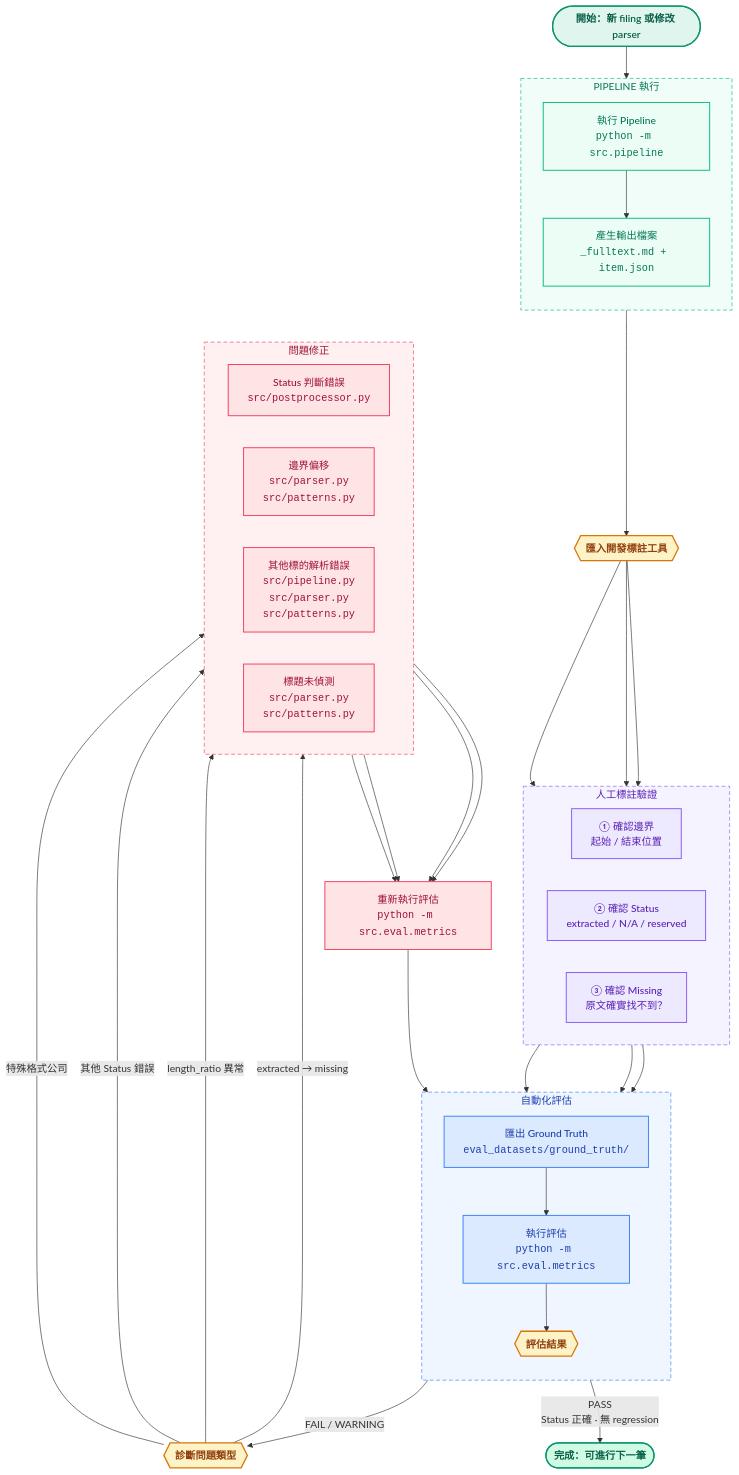
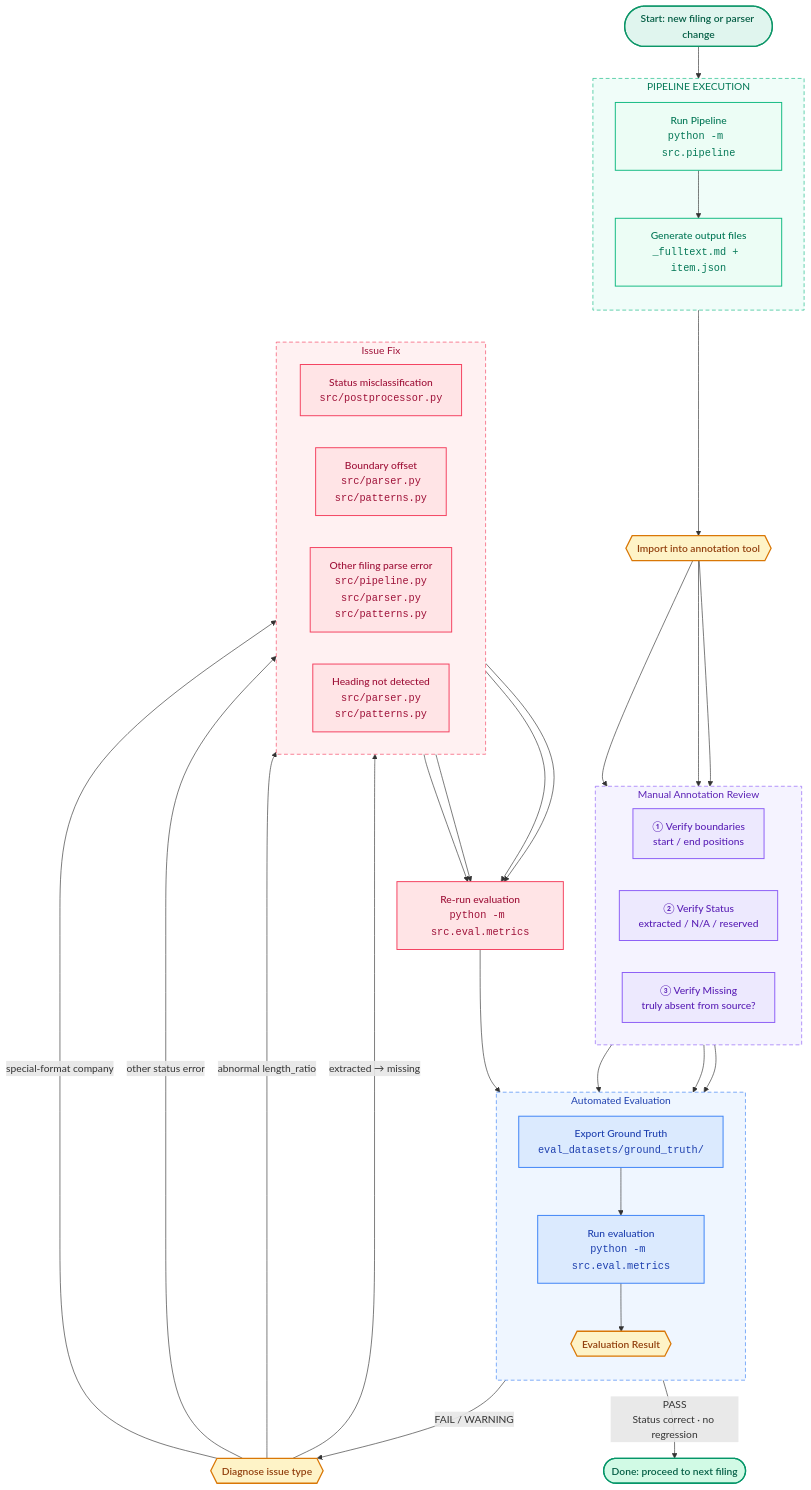
Before and after one commit to LLMSystems/SEC-10-K-Structured-Extraction: the diagram in README.md, drawn with Mermaid. The commit also changed other lines of this file and 1 other file, not shown here.

Commit message:
Add Chinese README for SEC 10-K structured extraction tool with evaluation results and project overview

````diff
--- a/README.md
+++ b/README.md
@@ -221,81 +225,81 @@
 ```mermaid
 flowchart TD
-    Start([開始：新 filing 或修改 parser])
+    Start([Start: new filing or parser change])
     
     Start --> Run
 
-    subgraph pipeline ["PIPELINE 執行"]
+    subgraph pipeline ["PIPELINE EXECUTION"]
         direction TB
-        Run["執行 Pipeline<br/><code>python -m src.pipeline</code>"]
-        Run --> Output["產生輸出檔案<br/><code>_fulltext.md + item.json</code>"]
+        Run["Run Pipeline<br/><code>python -m src.pipeline</code>"]
+        Run --> Output["Generate output files<br/><code>_fulltext.md + item.json</code>"]
     end
 
-    Output --> Import{{"匯入開發標註工具"}}
+    Output --> Import{{"Import into annotation tool"}}
 
-    subgraph annotation ["人工標註驗證"]
+    subgraph annotation ["Manual Annotation Review"]
         direction LR
-        D1["① 確認邊界<br/>起始 / 結束位置"]
-        D2["② 確認 Status<br/>extracted / N/A / reserved"]
-        D3["③ 確認 Missing<br/>原文確實找不到？"]
+        D1["① Verify boundaries<br/>start / end positions"]
+        D2["② Verify Status<br/>extracted / N/A / reserved"]
+        D3["③ Verify Missing<br/>truly absent from source?"]
     end
 
     Import --> D1
     Import --> D2
     Import --> D3
 
     D1 --> Export
     D2 --> Export
     D3 --> Export
 
-    subgraph eval ["自動化評估"]
+    subgraph eval ["Automated Evaluation"]
         direction TB
-        Export["匯出 Ground Truth<br/><code>eval_datasets/ground_truth/</code>"]
-        Export --> Evaluate["執行評估<br/><code>python -m src.eval.metrics</code>"]
-        Evaluate --> Result{{"評估結果"}}
+        Export["Export Ground Truth<br/><code>eval_datasets/ground_truth/</code>"]
+        Export --> Evaluate["Run evaluation<br/><code>python -m src.eval.metrics</code>"]
+        Evaluate --> Result{{"Evaluation Result"}}
     end
 
-    Result -->|"PASS<br/>Status 正確 · 無 regression"| Done([完成：可進行下一筆])
+    Result -->|"PASS<br/>Status correct · no regression"| Done([Done: proceed to next filing])
 
-    Result -->|"FAIL / WARNING"| Diagnose{{"診斷問題類型"}}
+    Result -->|"FAIL / WARNING"| Diagnose{{"Diagnose issue type"}}
 
-    subgraph fix ["問題修正"]
+    subgraph fix ["Issue Fix"]
         direction LR
-        F1["Status 判斷錯誤<br/><code>src/postprocessor.py</code>"]
-        F2["邊界偏移<br/><code>src/parser.py</code><br/><code>src/patterns.py</code>"]
-        F3["其他標的解析錯誤<br/><code>src/pipeline.py</code><br/><code>src/parser.py</code><br/><code>src/patterns.py</code>"]
-        F4["標題未偵測<br/><code>src/parser.py</code><br/><code>src/patterns.py</code>"]
+        F1["Status misclassification<br/><code>src/postprocessor.py</code>"]
+        F2["Boundary offset<br/><code>src/parser.py</code><br/><code>src/patterns.py</code>"]
+        F3["Other filing parse error<br/><code>src/pipeline.py</code><br/><code>src/parser.py</code><br/><code>src/patterns.py</code>"]
+        F4["Heading not detected<br/><code>src/parser.py</code><br/><code>src/patterns.py</code>"]
     end
 
     Diagnose -->|"extracted → missing"| F1
-    Diagnose -->|"length_ratio 異常"| F2
-    Diagnose -->|"其他 Status 錯誤"| F3
-    Diagnose -->|"特殊格式公司"| F4
+    Diagnose -->|"abnormal length_ratio"| F2
+    Diagnose -->|"other status error"| F3
+    Diagnose -->|"special-format company"| F4
 
-    F1 --> ReEval["重新執行評估<br/><code>python -m src.eval.metrics</code>"]
+    F1 --> ReEval["Re-run evaluation<br/><code>python -m src.eval.metrics</code>"]
     F2 --> ReEval
     F3 --> ReEval
     F4 --> ReEval
 
     ReEval --> Result
 
     classDef startEnd fill:#E0F5EE,stroke:#0D9668,stroke-width:2px,color:#065F46,font-weight:600
     classDef pipeline fill:#ECFDF5,stroke:#10B981,stroke-width:1.5px,color:#047857,font-weight:500
     classDef annotate fill:#EDE9FE,stroke:#8B5CF6,stroke-width:1.5px,color:#5B21B6,font-weight:500
     classDef evalNode fill:#DBEAFE,stroke:#3B82F6,stroke-width:1.5px,color:#1E40AF,font-weight:500
     classDef fixNode fill:#FFE4E6,stroke:#F43F5E,stroke-width:1.5px,color:#9F1239,font-weight:500
     classDef decision fill:#FEF3C7,stroke:#D97706,stroke-width:2px,color:#92400E,font-weight:600
     classDef done fill:#D1FAE5,stroke:#059669,stroke-width:2px,color:#065F46,font-weight:600
 
     class Start startEnd
     class Run,Output pipeline
     class D1,D2,D3 annotate
     class Export,Evaluate evalNode
     class Result,Import,Diagnose decision
     class F1,F2,F3,F4,ReEval fixNode
     class Done done
 
     style pipeline fill:#F0FDF9,stroke:#10B981,stroke-width:1px,stroke-dasharray:6 4,color:#047857
     style annotation fill:#F5F3FF,stroke:#8B5CF6,stroke-width:1px,stroke-dasharray:6 4,color:#5B21B6
     style eval fill:#EFF6FF,stroke:#3B82F6,stroke-width:1px,stroke-dasharray:6 4,color:#1E40AF
     style fix fill:#FFF1F2,stroke:#F43F5E,stroke-width:1px,stroke-dasharray:6 4,color:#9F1239
 ```
````
